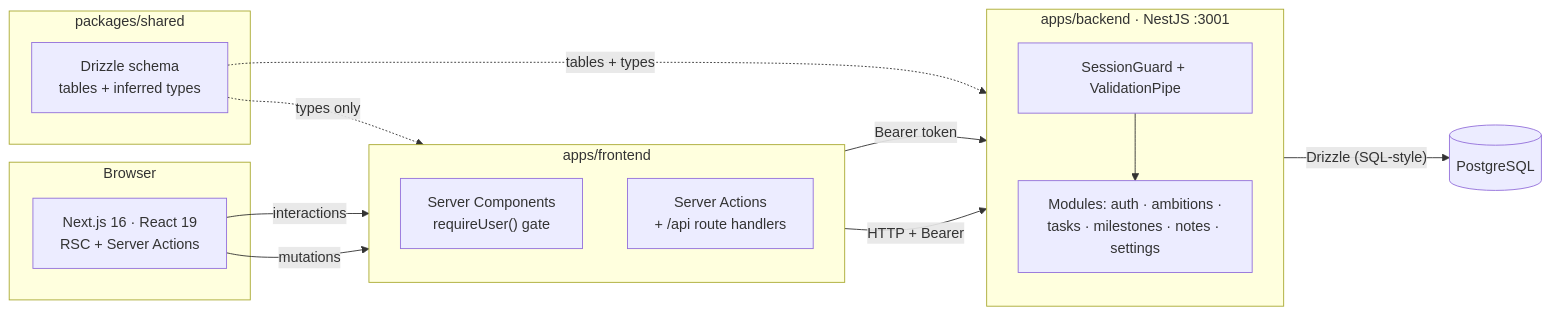
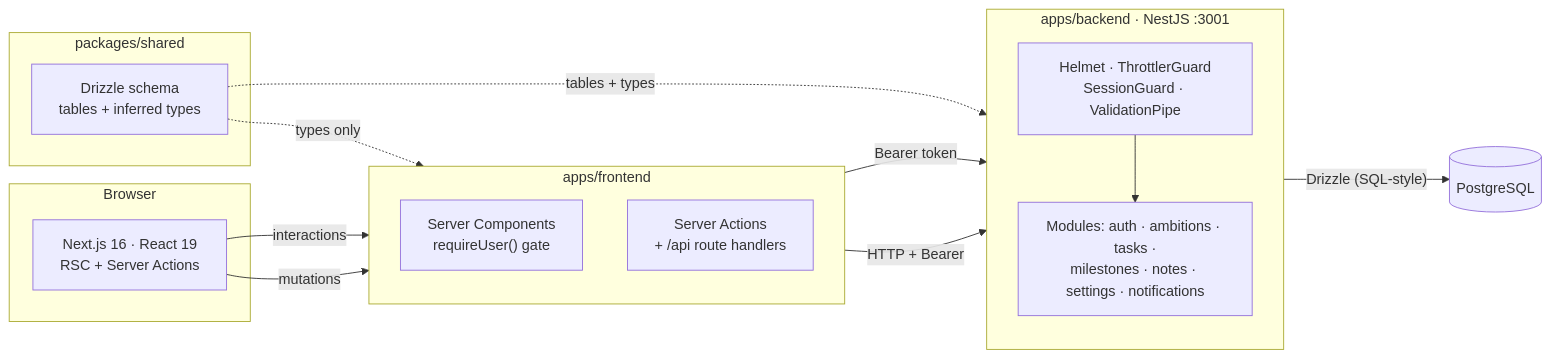
The first of 2 diagrams in README.md (hemants1703/AmbitiousYou), drawn with Mermaid before and after one commit. The commit also changed other lines of this file and 11 other files, not shown here.

````diff
--- a/README.md
+++ b/README.md
@@ -113,34 +116,34 @@
 ```mermaid
 flowchart LR
     subgraph Browser
         UI["Next.js 16 · React 19<br/>RSC + Server Actions"]
     end
 
     subgraph FE["apps/frontend"]
         direction TB
         SC["Server Components<br/>requireUser() gate"]
         ACT["Server Actions<br/>+ /api route handlers"]
     end
 
     subgraph SHARED["packages/shared"]
         SCHEMA["Drizzle schema<br/>tables + inferred types"]
     end
 
     subgraph BE["apps/backend · NestJS :3001"]
         direction TB
-        GUARD["SessionGuard + ValidationPipe"]
-        MODS["Modules: auth · ambitions ·<br/>tasks · milestones · notes · settings"]
+        GUARD["Helmet · ThrottlerGuard<br/>SessionGuard · ValidationPipe"]
+        MODS["Modules: auth · ambitions · tasks ·<br/>milestones · notes · settings · notifications"]
     end
 
     DB[("PostgreSQL")]
 
     UI -->|"interactions"| SC
     UI -->|"mutations"| ACT
     SC -->|"Bearer token"| GUARD
     ACT -->|"HTTP + Bearer"| GUARD
     GUARD --> MODS
     MODS -->|"Drizzle (SQL-style)"| DB
 
     SCHEMA -. "types only" .-> FE
     SCHEMA -. "tables + types" .-> BE
 ```
````
